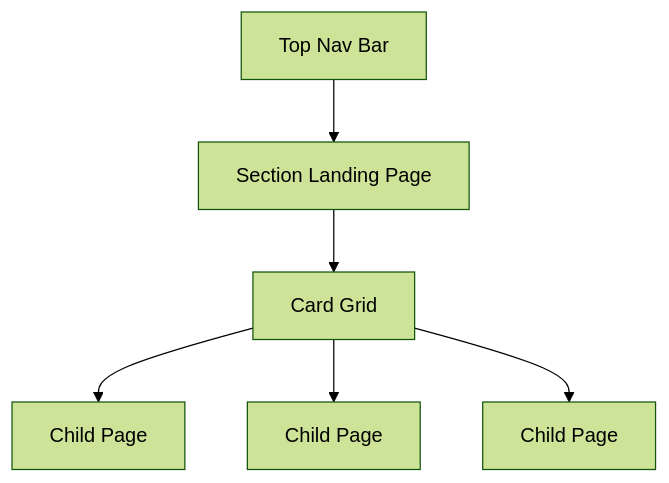
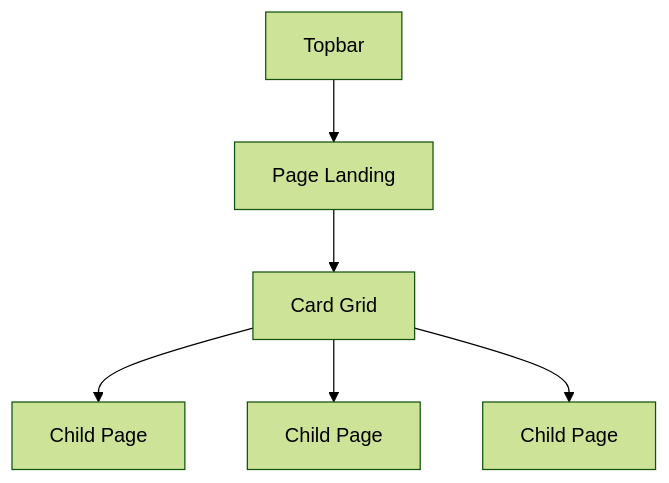
One commit to thebytefarm/ciderpress changed the diagram in docs/concepts/navigation.md. Above: the diagram before and after it, drawn with Mermaid (forest theme). The commit also changed other lines of this file and 77 other files, not shown here.

````diff
--- a/docs/concepts/navigation.md
+++ b/docs/concepts/navigation.md
@@ -12,8 +12,8 @@
 ```mermaid
 flowchart TD
-    A[Top Nav Bar] --> B[Section Landing Page]
+    A[Topbar] --> B[Page Landing]
     B --> C[Card Grid]
     C --> D[Child Page]
     C --> E[Child Page]
     C --> F[Child Page]
 ```
````
